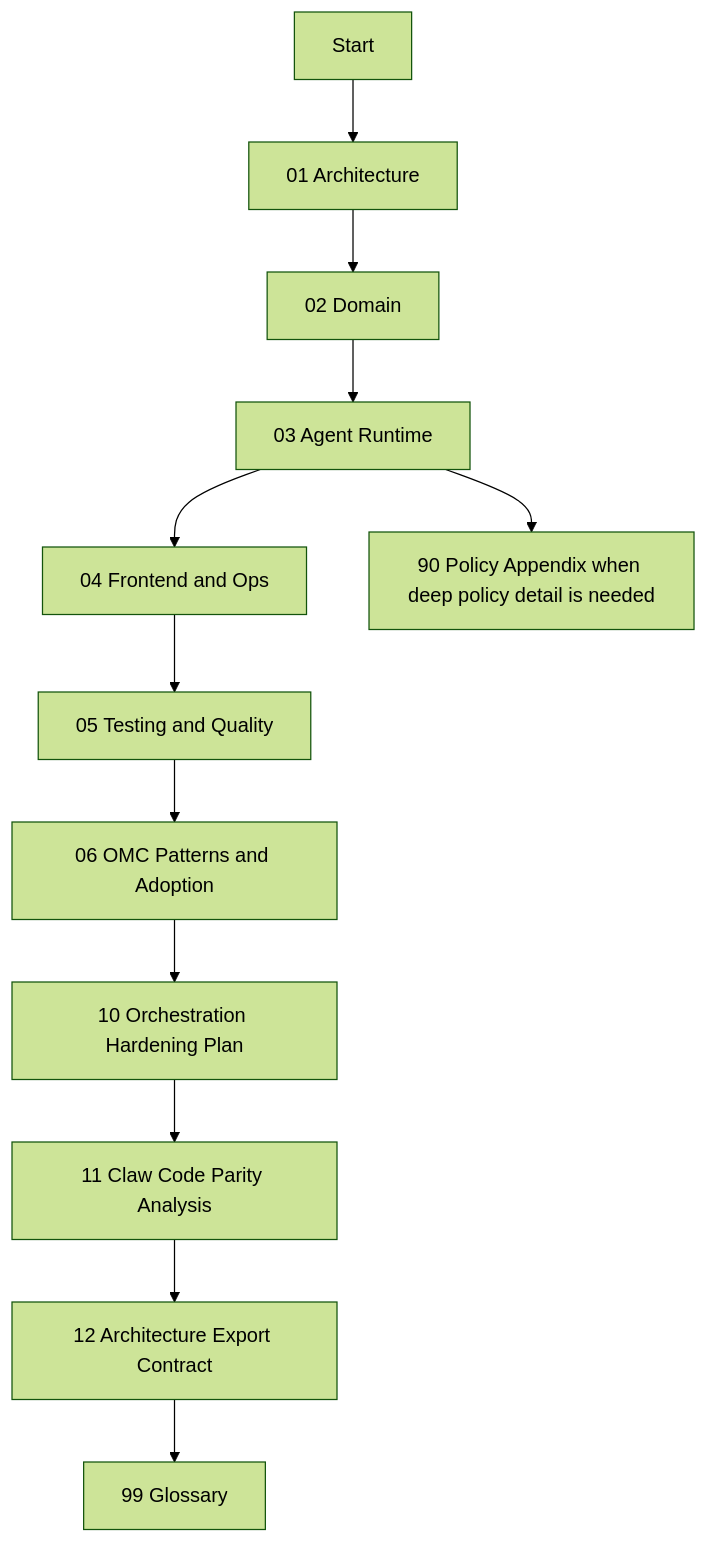
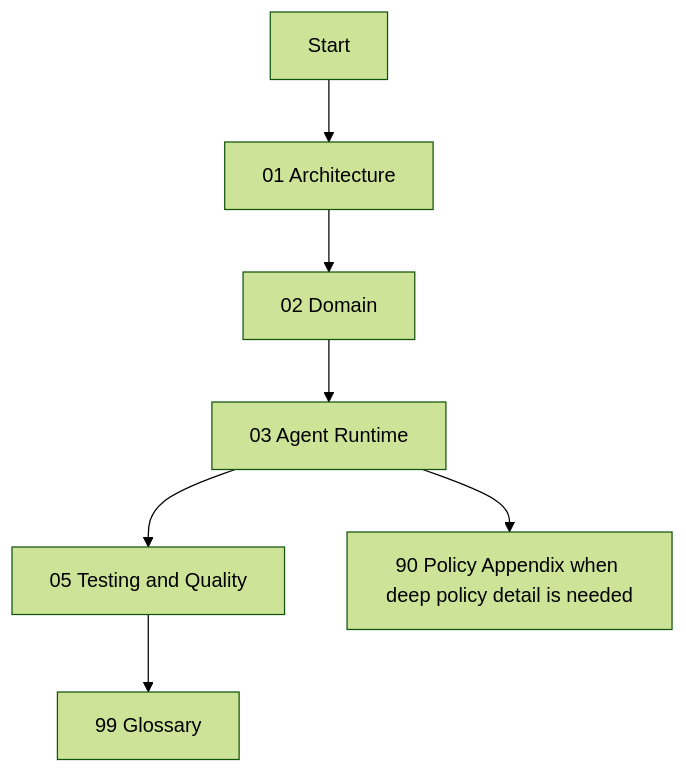
The diagram in docs/internal/00-index.md (nirm3l/constructos-dev), drawn with Mermaid (forest theme) before and after one commit. The commit also changed other lines of this file and 9 other files, not shown here.

````diff
--- a/docs/internal/00-index.md
+++ b/docs/internal/00-index.md
@@ -27,14 +23,9 @@
 ```mermaid
 flowchart TD
   A[Start] --> B[01 Architecture]
   B --> C[02 Domain]
   C --> D[03 Agent Runtime]
-  D --> E[04 Frontend and Ops]
-  E --> F[05 Testing and Quality]
-  F --> G[06 OMC Patterns and Adoption]
-  G --> J[10 Orchestration Hardening Plan]
-  J --> K[11 Claw Code Parity Analysis]
-  K --> L[12 Architecture Export Contract]
-  L --> H[99 Glossary]
+  D --> F[05 Testing and Quality]
+  F --> H[99 Glossary]
   D --> I[90 Policy Appendix when deep policy detail is needed]
 ```
````
